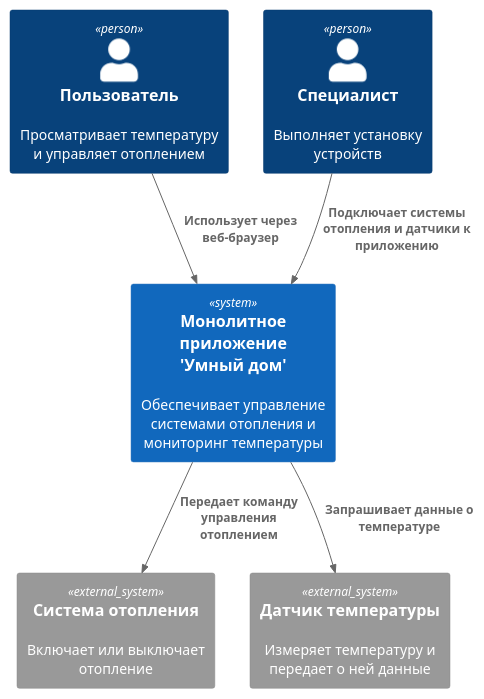
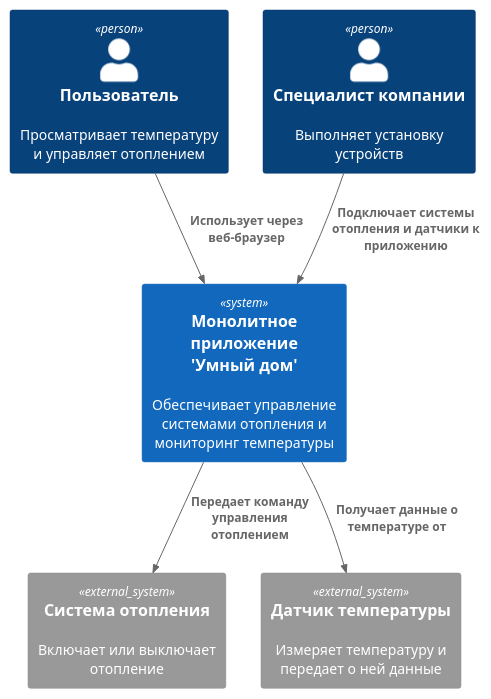
The diagram in sprint1_task1/context_diagram.puml (vdovinov/architecture-warmhouse), drawn with PlantUML before and after one commit. The commit also changed 2 other files, not shown here.

```diff
--- a/sprint1_task1/context_diagram.puml
+++ b/sprint1_task1/context_diagram.puml
@@ -1,22 +1,22 @@
 @startuml
 
 !include https://raw.githubusercontent.com/plantuml-stdlib/C4-PlantUML/master/C4_Context.puml
 
 Person(user, "Пользователь", "Использует приложение для управления отоплением и просмотра температуры")
 
 Person(user, "Пользователь", "Просматривает температуру и управляет отоплением")
-Person(specialist, "Специалист", "Выполняет установку устройств")
+Person(specialist, "Специалист компании", "Выполняет установку устройств")
 
 System(system, "Монолитное приложение\n'Умный дом'", "Обеспечивает управление системами отопления и мониторинг температуры")
 
 System_Ext(heating_system, "Система отопления", "Включает или выключает отопление")
 System_Ext(temp_sensor, "Датчик температуры", "Измеряет температуру и передает о ней данные")
 
 ' Flows
 Rel(user, system, "Использует через веб-браузер")
 'Rel(specialist, heating_system, "Устанавливает устройства")
 Rel(specialist, system, "Подключает системы отопления и датчики к приложению")
 Rel(system, heating_system, "Передает команду управления отоплением")
-Rel(system, temp_sensor, "Запрашивает данные о температуре")
+Rel(system, temp_sensor, "Получает данные о температуре от")
 
 @enduml
```
